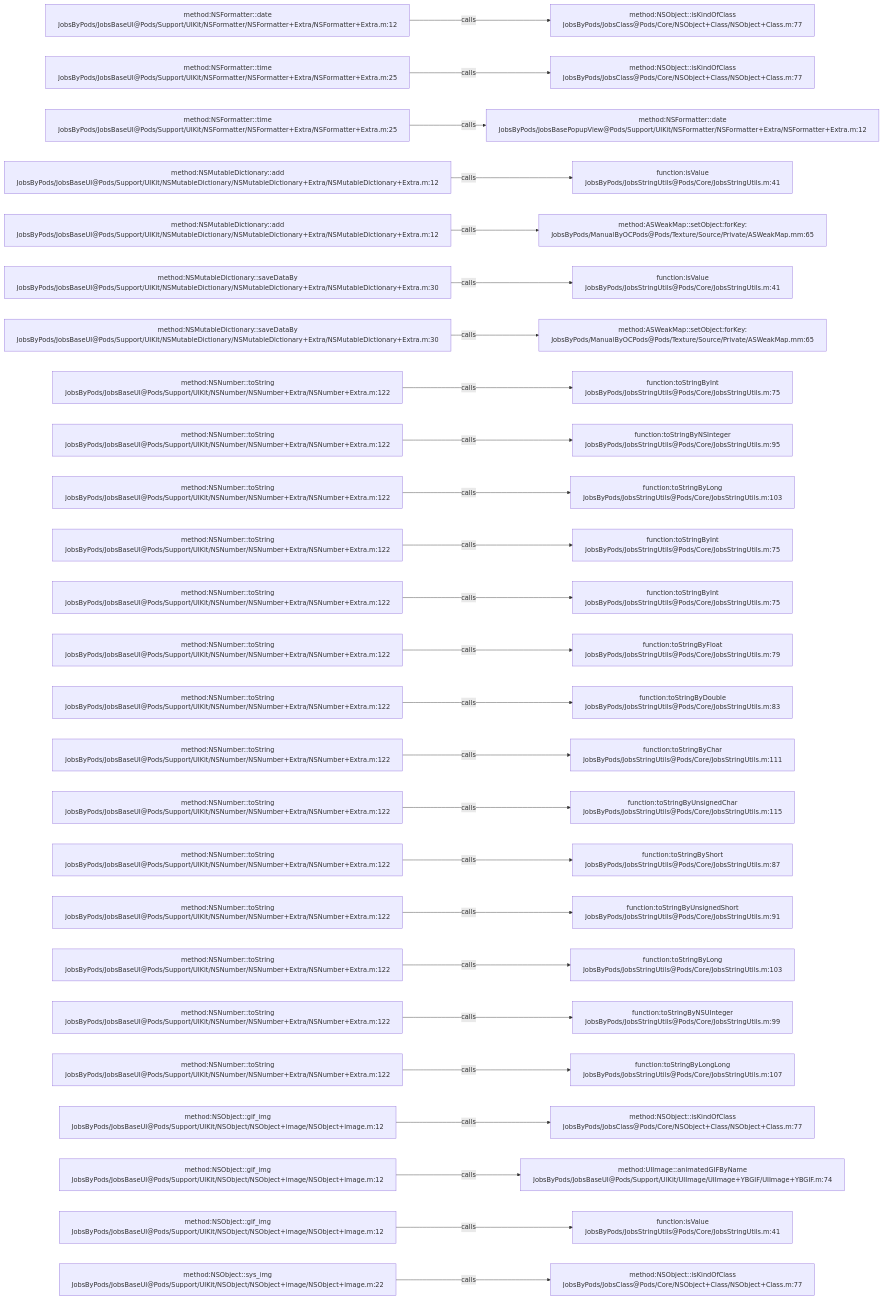
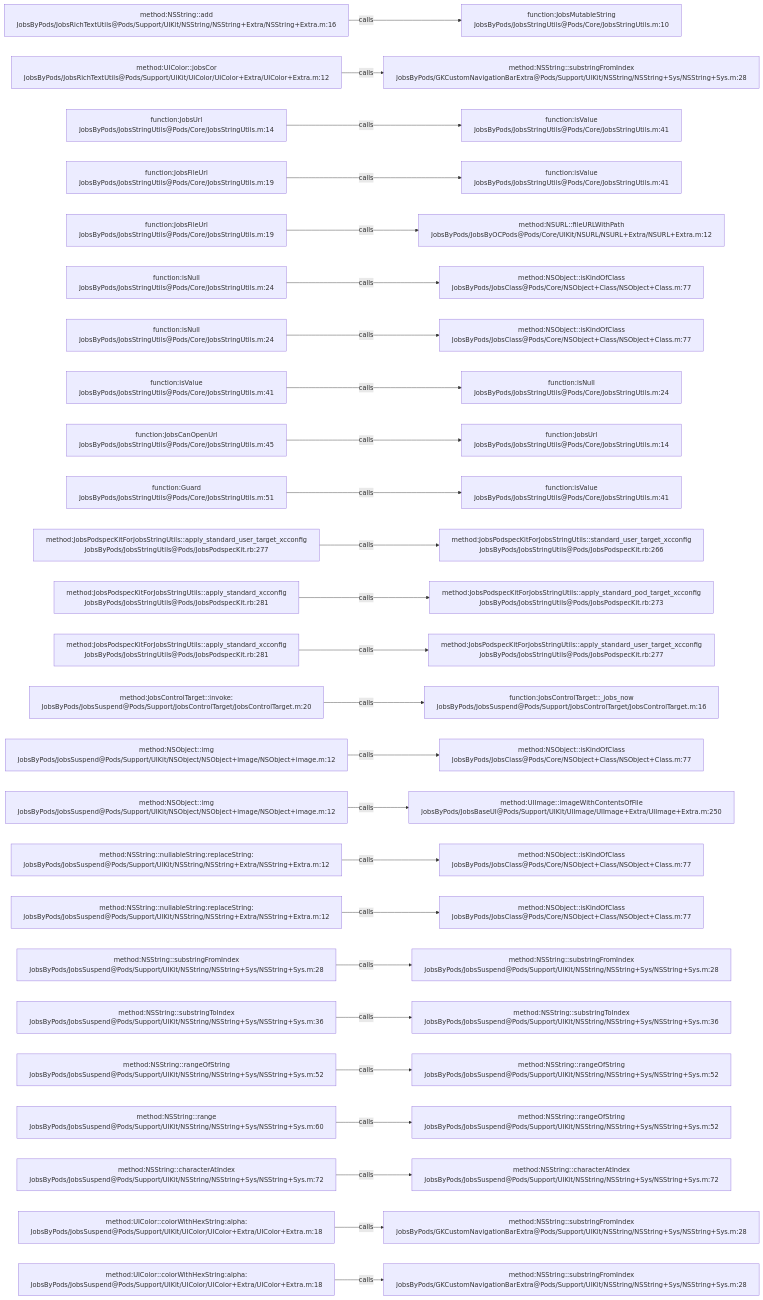
Before and after one commit to JobsKits/JobsOCBaseConfigDemo: the diagram in .codegraph/codegraph.md/graphs/calls-021.md, drawn with Mermaid. The commit also changed 2162 other files, not shown here.

````diff
--- a/.codegraph/codegraph.md/graphs/calls-021.md
+++ b/.codegraph/codegraph.md/graphs/calls-021.md
@@ -13,78 +13,78 @@
 ```mermaid
 flowchart LR
-  S1["method:NSFormatter::date<br/>JobsByPods/JobsBaseUI@Pods/Support/UIKit/NSFormatter/NSFormatter+Extra/NSFormatter+Extra.m:12"]
-  T1["method:NSObject::isKindOfClass<br/>JobsByPods/JobsClass@Pods/Core/NSObject+Class/NSObject+Class.m:77"]
+  S1["method:NSString::add<br/>JobsByPods/JobsRichTextUtils@Pods/Support/UIKit/NSString/NSString+Extra/NSString+Extra.m:16"]
+  T1["function:JobsMutableString<br/>JobsByPods/JobsStringUtils@Pods/Core/JobsStringUtils.m:10"]
   S1 -->|calls| T1
-  S2["method:NSFormatter::time<br/>JobsByPods/JobsBaseUI@Pods/Support/UIKit/NSFormatter/NSFormatter+Extra/NSFormatter+Extra.m:25"]
-  T2["method:NSObject::isKindOfClass<br/>JobsByPods/JobsClass@Pods/Core/NSObject+Class/NSObject+Class.m:77"]
+  S2["method:UIColor::jobsCor<br/>JobsByPods/JobsRichTextUtils@Pods/Support/UIKit/UIColor/UIColor+Extra/UIColor+Extra.m:12"]
+  T2["method:NSString::substringFromIndex<br/>JobsByPods/GKCustomNavigationBarExtra@Pods/Support/UIKit/NSString/NSString+Sys/NSString+Sys.m:28"]
   S2 -->|calls| T2
-  S3["method:NSFormatter::time<br/>JobsByPods/JobsBaseUI@Pods/Support/UIKit/NSFormatter/NSFormatter+Extra/NSFormatter+Extra.m:25"]
-  T3["method:NSFormatter::date<br/>JobsByPods/JobsBasePopupView@Pods/Support/UIKit/NSFormatter/NSFormatter+Extra/NSFormatter+Extra.m:12"]
+  S3["function:JobsUrl<br/>JobsByPods/JobsStringUtils@Pods/Core/JobsStringUtils.m:14"]
+  T3["function:isValue<br/>JobsByPods/JobsStringUtils@Pods/Core/JobsStringUtils.m:41"]
   S3 -->|calls| T3
-  S4["method:NSMutableDictionary::add<br/>JobsByPods/JobsBaseUI@Pods/Support/UIKit/NSMutableDictionary/NSMutableDictionary+Extra/NSMutableDictionary+Extra.m:12"]
+  S4["function:JobsFileUrl<br/>JobsByPods/JobsStringUtils@Pods/Core/JobsStringUtils.m:19"]
   T4["function:isValue<br/>JobsByPods/JobsStringUtils@Pods/Core/JobsStringUtils.m:41"]
   S4 -->|calls| T4
-  S5["method:NSMutableDictionary::add<br/>JobsByPods/JobsBaseUI@Pods/Support/UIKit/NSMutableDictionary/NSMutableDictionary+Extra/NSMutableDictionary+Extra.m:12"]
-  T5["method:ASWeakMap::setObject:forKey:<br/>JobsByPods/ManualByOCPods@Pods/Texture/Source/Private/ASWeakMap.mm:65"]
+  S5["function:JobsFileUrl<br/>JobsByPods/JobsStringUtils@Pods/Core/JobsStringUtils.m:19"]
+  T5["method:NSURL::fileURLWithPath<br/>JobsByPods/JobsByOCPods@Pods/Core/UIKit/NSURL/NSURL+Extra/NSURL+Extra.m:12"]
   S5 -->|calls| T5
-  S6["method:NSMutableDictionary::saveDataBy<br/>JobsByPods/JobsBaseUI@Pods/Support/UIKit/NSMutableDictionary/NSMutableDictionary+Extra/NSMutableDictionary+Extra.m:30"]
-  T6["function:isValue<br/>JobsByPods/JobsStringUtils@Pods/Core/JobsStringUtils.m:41"]
+  S6["function:isNull<br/>JobsByPods/JobsStringUtils@Pods/Core/JobsStringUtils.m:24"]
+  T6["method:NSObject::isKindOfClass<br/>JobsByPods/JobsClass@Pods/Core/NSObject+Class/NSObject+Class.m:77"]
   S6 -->|calls| T6
-  S7["method:NSMutableDictionary::saveDataBy<br/>JobsByPods/JobsBaseUI@Pods/Support/UIKit/NSMutableDictionary/NSMutableDictionary+Extra/NSMutableDictionary+Extra.m:30"]
-  T7["method:ASWeakMap::setObject:forKey:<br/>JobsByPods/ManualByOCPods@Pods/Texture/Source/Private/ASWeakMap.mm:65"]
+  S7["function:isNull<br/>JobsByPods/JobsStringUtils@Pods/Core/JobsStringUtils.m:24"]
+  T7["method:NSObject::isKindOfClass<br/>JobsByPods/JobsClass@Pods/Core/NSObject+Class/NSObject+Class.m:77"]
   S7 -->|calls| T7
-  S8["method:NSNumber::toString<br/>JobsByPods/JobsBaseUI@Pods/Support/UIKit/NSNumber/NSNumber+Extra/NSNumber+Extra.m:122"]
-  T8["function:toStringByInt<br/>JobsByPods/JobsStringUtils@Pods/Core/JobsStringUtils.m:75"]
+  S8["function:isValue<br/>JobsByPods/JobsStringUtils@Pods/Core/JobsStringUtils.m:41"]
+  T8["function:isNull<br/>JobsByPods/JobsStringUtils@Pods/Core/JobsStringUtils.m:24"]
   S8 -->|calls| T8
-  S9["method:NSNumber::toString<br/>JobsByPods/JobsBaseUI@Pods/Support/UIKit/NSNumber/NSNumber+Extra/NSNumber+Extra.m:122"]
-  T9["function:toStringByNSInteger<br/>JobsByPods/JobsStringUtils@Pods/Core/JobsStringUtils.m:95"]
+  S9["function:JobsCanOpenUrl<br/>JobsByPods/JobsStringUtils@Pods/Core/JobsStringUtils.m:45"]
+  T9["function:JobsUrl<br/>JobsByPods/JobsStringUtils@Pods/Core/JobsStringUtils.m:14"]
   S9 -->|calls| T9
-  S10["method:NSNumber::toString<br/>JobsByPods/JobsBaseUI@Pods/Support/UIKit/NSNumber/NSNumber+Extra/NSNumber+Extra.m:122"]
-  T10["function:toStringByLong<br/>JobsByPods/JobsStringUtils@Pods/Core/JobsStringUtils.m:103"]
+  S10["function:Guard<br/>JobsByPods/JobsStringUtils@Pods/Core/JobsStringUtils.m:51"]
+  T10["function:isValue<br/>JobsByPods/JobsStringUtils@Pods/Core/JobsStringUtils.m:41"]
   S10 -->|calls| T10
-  S11["method:NSNumber::toString<br/>JobsByPods/JobsBaseUI@Pods/Support/UIKit/NSNumber/NSNumber+Extra/NSNumber+Extra.m:122"]
-  T11["function:toStringByInt<br/>JobsByPods/JobsStringUtils@Pods/Core/JobsStringUtils.m:75"]
+  S11["method:JobsPodspecKitForJobsStringUtils::apply_standard_user_target_xcconfig<br/>JobsByPods/JobsStringUtils@Pods/JobsPodspecKit.rb:277"]
+  T11["method:JobsPodspecKitForJobsStringUtils::standard_user_target_xcconfig<br/>JobsByPods/JobsStringUtils@Pods/JobsPodspecKit.rb:266"]
   S11 -->|calls| T11
-  S12["method:NSNumber::toString<br/>JobsByPods/JobsBaseUI@Pods/Support/UIKit/NSNumber/NSNumber+Extra/NSNumber+Extra.m:122"]
-  T12["function:toStringByInt<br/>JobsByPods/JobsStringUtils@Pods/Core/JobsStringUtils.m:75"]
+  S12["method:JobsPodspecKitForJobsStringUtils::apply_standard_xcconfig<br/>JobsByPods/JobsStringUtils@Pods/JobsPodspecKit.rb:281"]
+  T12["method:JobsPodspecKitForJobsStringUtils::apply_standard_pod_target_xcconfig<br/>JobsByPods/JobsStringUtils@Pods/JobsPodspecKit.rb:273"]
   S12 -->|calls| T12
-  S13["method:NSNumber::toString<br/>JobsByPods/JobsBaseUI@Pods/Support/UIKit/NSNumber/NSNumber+Extra/NSNumber+Extra.m:122"]
-  T13["function:toStringByFloat<br/>JobsByPods/JobsStringUtils@Pods/Core/JobsStringUtils.m:79"]
+  S13["method:JobsPodspecKitForJobsStringUtils::apply_standard_xcconfig<br/>JobsByPods/JobsStringUtils@Pods/JobsPodspecKit.rb:281"]
+  T13["method:JobsPodspecKitForJobsStringUtils::apply_standard_user_target_xcconfig<br/>JobsByPods/JobsStringUtils@Pods/JobsPodspecKit.rb:277"]
   S13 -->|calls| T13
-  S14["method:NSNumber::toString<br/>JobsByPods/JobsBaseUI@Pods/Support/UIKit/NSNumber/NSNumber+Extra/NSNumber+Extra.m:122"]
-  T14["function:toStringByDouble<br/>JobsByPods/JobsStringUtils@Pods/Core/JobsStringUtils.m:83"]
+  S14["method:JobsControlTarget::invoke:<br/>JobsByPods/JobsSuspend@Pods/Support/JobsControlTarget/JobsControlTarget.m:20"]
+  T14["function:JobsControlTarget::_jobs_now<br/>JobsByPods/JobsSuspend@Pods/Support/JobsControlTarget/JobsControlTarget.m:16"]
   S14 -->|calls| T14
-  S15["method:NSNumber::toString<br/>JobsByPods/JobsBaseUI@Pods/Support/UIKit/NSNumber/NSNumber+Extra/NSNumber+Extra.m:122"]
-  T15["function:toStringByChar<br/>JobsByPods/JobsStringUtils@Pods/Core/JobsStringUtils.m:111"]
+  S15["method:NSObject::img<br/>JobsByPods/JobsSuspend@Pods/Support/UIKit/NSObject/NSObject+image/NSObject+image.m:12"]
+  T15["method:NSObject::isKindOfClass<br/>JobsByPods/JobsClass@Pods/Core/NSObject+Class/NSObject+Class.m:77"]
   S15 -->|calls| T15
-  S16["method:NSNumber::toString<br/>JobsByPods/JobsBaseUI@Pods/Support/UIKit/NSNumber/NSNumber+Extra/NSNumber+Extra.m:122"]
-  T16["function:toStringByUnsignedChar<br/>JobsByPods/JobsStringUtils@Pods/Core/JobsStringUtils.m:115"]
+  S16["method:NSObject::img<br/>JobsByPods/JobsSuspend@Pods/Support/UIKit/NSObject/NSObject+image/NSObject+image.m:12"]
+  T16["method:UIImage::imageWithContentsOfFile<br/>JobsByPods/JobsBaseUI@Pods/Support/UIKit/UIImage/UIImage+Extra/UIImage+Extra.m:250"]
   S16 -->|calls| T16
-  S17["method:NSNumber::toString<br/>JobsByPods/JobsBaseUI@Pods/Support/UIKit/NSNumber/NSNumber+Extra/NSNumber+Extra.m:122"]
-  T17["function:toStringByShort<br/>JobsByPods/JobsStringUtils@Pods/Core/JobsStringUtils.m:87"]
+  S17["method:NSString::nullableString:replaceString:<br/>JobsByPods/JobsSuspend@Pods/Support/UIKit/NSString/NSString+Extra/NSString+Extra.m:12"]
+  T17["method:NSObject::isKindOfClass<br/>JobsByPods/JobsClass@Pods/Core/NSObject+Class/NSObject+Class.m:77"]
   S17 -->|calls| T17
-  S18["method:NSNumber::toString<br/>JobsByPods/JobsBaseUI@Pods/Support/UIKit/NSNumber/NSNumber+Extra/NSNumber+Extra.m:122"]
-  T18["function:toStringByUnsignedShort<br/>JobsByPods/JobsStringUtils@Pods/Core/JobsStringUtils.m:91"]
+  S18["method:NSString::nullableString:replaceString:<br/>JobsByPods/JobsSuspend@Pods/Support/UIKit/NSString/NSString+Extra/NSString+Extra.m:12"]
+  T18["method:NSObject::isKindOfClass<br/>JobsByPods/JobsClass@Pods/Core/NSObject+Class/NSObject+Class.m:77"]
   S18 -->|calls| T18
-  S19["method:NSNumber::toString<br/>JobsByPods/JobsBaseUI@Pods/Support/UIKit/NSNumber/NSNumber+Extra/NSNumber+Extra.m:122"]
-  T19["function:toStringByLong<br/>JobsByPods/JobsStringUtils@Pods/Core/JobsStringUtils.m:103"]
+  S19["method:NSString::substringFromIndex<br/>JobsByPods/JobsSuspend@Pods/Support/UIKit/NSString/NSString+Sys/NSString+Sys.m:28"]
+  T19["method:NSString::substringFromIndex<br/>JobsByPods/JobsSuspend@Pods/Support/UIKit/NSString/NSString+Sys/NSString+Sys.m:28"]
   S19 -->|calls| T19
-  S20["method:NSNumber::toString<br/>JobsByPods/JobsBaseUI@Pods/Support/UIKit/NSNumber/NSNumber+Extra/NSNumber+Extra.m:122"]
-  T20["function:toStringByNSUInteger<br/>JobsByPods/JobsStringUtils@Pods/Core/JobsStringUtils.m:99"]
+  S20["method:NSString::substringToIndex<br/>JobsByPods/JobsSuspend@Pods/Support/UIKit/NSString/NSString+Sys/NSString+Sys.m:36"]
+  T20["method:NSString::substringToIndex<br/>JobsByPods/JobsSuspend@Pods/Support/UIKit/NSString/NSString+Sys/NSString+Sys.m:36"]
   S20 -->|calls| T20
-  S21["method:NSNumber::toString<br/>JobsByPods/JobsBaseUI@Pods/Support/UIKit/NSNumber/NSNumber+Extra/NSNumber+Extra.m:122"]
-  T21["function:toStringByLongLong<br/>JobsByPods/JobsStringUtils@Pods/Core/JobsStringUtils.m:107"]
+  S21["method:NSString::rangeOfString<br/>JobsByPods/JobsSuspend@Pods/Support/UIKit/NSString/NSString+Sys/NSString+Sys.m:52"]
+  T21["method:NSString::rangeOfString<br/>JobsByPods/JobsSuspend@Pods/Support/UIKit/NSString/NSString+Sys/NSString+Sys.m:52"]
   S21 -->|calls| T21
-  S22["method:NSObject::gif_img<br/>JobsByPods/JobsBaseUI@Pods/Support/UIKit/NSObject/NSObject+image/NSObject+image.m:12"]
-  T22["method:NSObject::isKindOfClass<br/>JobsByPods/JobsClass@Pods/Core/NSObject+Class/NSObject+Class.m:77"]
+  S22["method:NSString::range<br/>JobsByPods/JobsSuspend@Pods/Support/UIKit/NSString/NSString+Sys/NSString+Sys.m:60"]
+  T22["method:NSString::rangeOfString<br/>JobsByPods/JobsSuspend@Pods/Support/UIKit/NSString/NSString+Sys/NSString+Sys.m:52"]
   S22 -->|calls| T22
-  S23["method:NSObject::gif_img<br/>JobsByPods/JobsBaseUI@Pods/Support/UIKit/NSObject/NSObject+image/NSObject+image.m:12"]
-  T23["method:UIImage::animatedGIFByName<br/>JobsByPods/JobsBaseUI@Pods/Support/UIKit/UIImage/UIImage+YBGIF/UIImage+YBGIF.m:74"]
+  S23["method:NSString::characterAtIndex<br/>JobsByPods/JobsSuspend@Pods/Support/UIKit/NSString/NSString+Sys/NSString+Sys.m:72"]
+  T23["method:NSString::characterAtIndex<br/>JobsByPods/JobsSuspend@Pods/Support/UIKit/NSString/NSString+Sys/NSString+Sys.m:72"]
   S23 -->|calls| T23
-  S24["method:NSObject::gif_img<br/>JobsByPods/JobsBaseUI@Pods/Support/UIKit/NSObject/NSObject+image/NSObject+image.m:12"]
-  T24["function:isValue<br/>JobsByPods/JobsStringUtils@Pods/Core/JobsStringUtils.m:41"]
+  S24["method:UIColor::colorWithHexString:alpha:<br/>JobsByPods/JobsSuspend@Pods/Support/UIKit/UIColor/UIColor+Extra/UIColor+Extra.m:18"]
+  T24["method:NSString::substringFromIndex<br/>JobsByPods/GKCustomNavigationBarExtra@Pods/Support/UIKit/NSString/NSString+Sys/NSString+Sys.m:28"]
   S24 -->|calls| T24
-  S25["method:NSObject::sys_img<br/>JobsByPods/JobsBaseUI@Pods/Support/UIKit/NSObject/NSObject+image/NSObject+image.m:22"]
-  T25["method:NSObject::isKindOfClass<br/>JobsByPods/JobsClass@Pods/Core/NSObject+Class/NSObject+Class.m:77"]
+  S25["method:UIColor::colorWithHexString:alpha:<br/>JobsByPods/JobsSuspend@Pods/Support/UIKit/UIColor/UIColor+Extra/UIColor+Extra.m:18"]
+  T25["method:NSString::substringFromIndex<br/>JobsByPods/GKCustomNavigationBarExtra@Pods/Support/UIKit/NSString/NSString+Sys/NSString+Sys.m:28"]
   S25 -->|calls| T25
 ```
````
